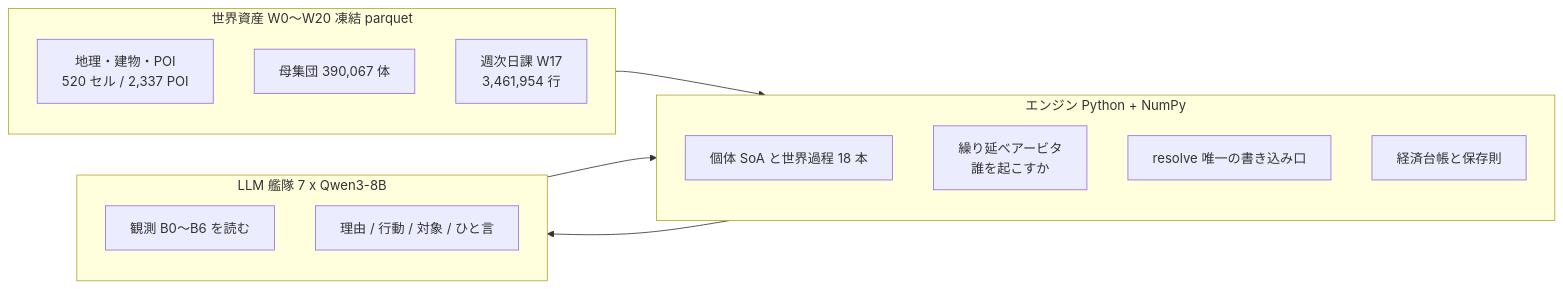
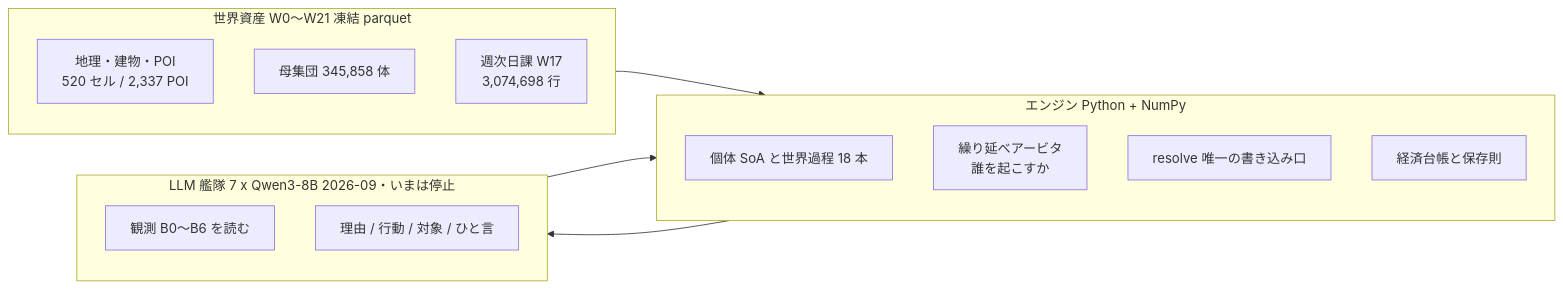
Before and after one commit to spacedream6090-svg/shibuya-simulation-v2: the first of 3 diagrams in docs/design/v2-architecture-overview-simple.md, drawn with Mermaid. The commit also changed other lines of this file and 1 other file, not shown here.

````diff
--- a/docs/design/v2-architecture-overview-simple.md
+++ b/docs/design/v2-architecture-overview-simple.md
@@ -23,21 +24,21 @@
 ```mermaid
 flowchart LR
-  subgraph A["世界資産 W0〜W20 凍結 parquet"]
+  subgraph A["世界資産 W0〜W21 凍結 parquet"]
     A1["地理・建物・POI<br/>520 セル / 2,337 POI"]
-    A2["母集団 390,067 体"]
-    A3["週次日課 W17<br/>3,461,954 行"]
+    A2["母集団 345,858 体"]
+    A3["週次日課 W17<br/>3,074,698 行"]
   end
   subgraph B["エンジン Python + NumPy"]
     B1["個体 SoA と世界過程 18 本"]
     B2["繰り延べアービタ<br/>誰を起こすか"]
     B3["resolve 唯一の書き込み口"]
     B4["経済台帳と保存則"]
   end
-  subgraph C["LLM 艦隊 7 x Qwen3-8B"]
+  subgraph C["LLM 艦隊 7 x Qwen3-8B 2026-09・いまは停止"]
     C1["観測 B0〜B6 を読む"]
     C2["理由 / 行動 / 対象 / ひと言"]
   end
   A --> B
   B --> C
   C --> B
 ```
````
